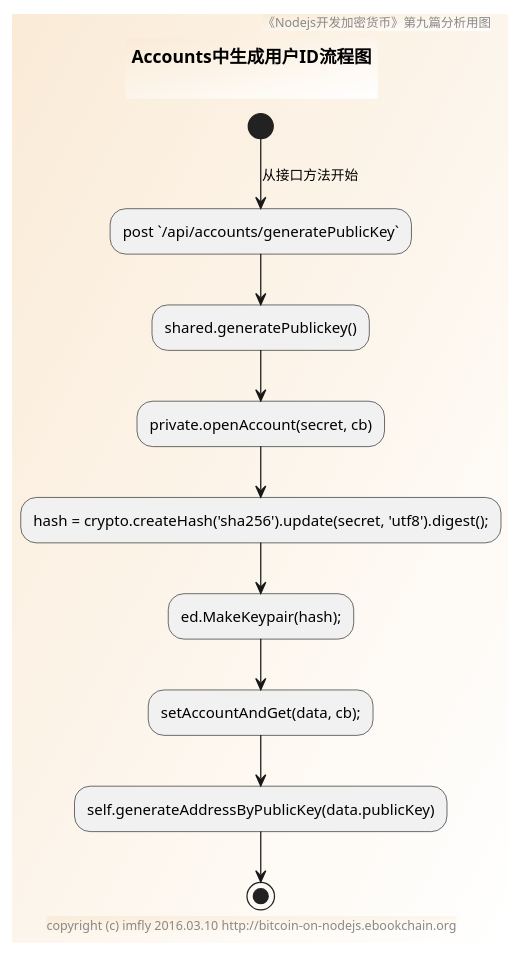
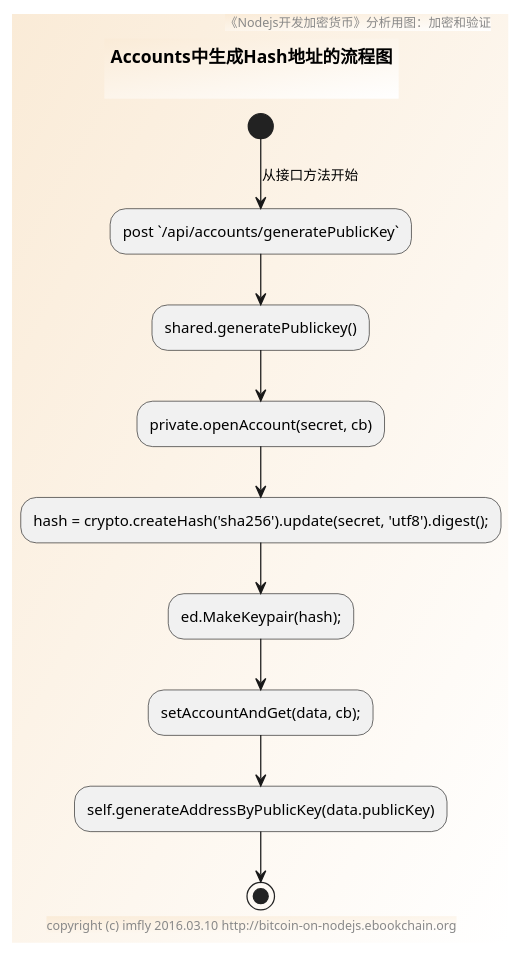
Before and after one commit to brightmanforever022/bitcoin-on-nodejs: the diagram in sources/modules/crypto/activity.pu, drawn with PlantUML. The commit also changed 7 other files, not shown here.

```diff
--- a/sources/modules/crypto/activity.pu
+++ b/sources/modules/crypto/activity.pu
@@ -1,21 +1,21 @@
 @startuml ../../../styles/images/modules/crypto/activity.png
   skinparam BorderColor #blue\9932CC
   skinparam backgroundcolor AntiqueWhite/white
 
   title
-  Accounts中生成用户ID流程图
+  Accounts中生成Hash地址的流程图
 
   end title
 
   footer copyright (c) imfly 2016.03.10 http://bitcoin-on-nodejs.ebookchain.org
-  header 《Nodejs开发加密货币》第九篇分析用图
+  header 《Nodejs开发加密货币》分析用图：加密和验证
 
   (*) --> [从接口方法开始] "post `/api/accounts/generatePublicKey`"
   --> shared.generatePublickey()
   --> private.openAccount(secret, cb)
   --> hash = crypto.createHash('sha256').update(secret, 'utf8').digest();
   --> ed.MakeKeypair(hash);
   --> setAccountAndGet(data, cb);
   --> self.generateAddressByPublicKey(data.publicKey)
   --> (*)
 @enduml
```
